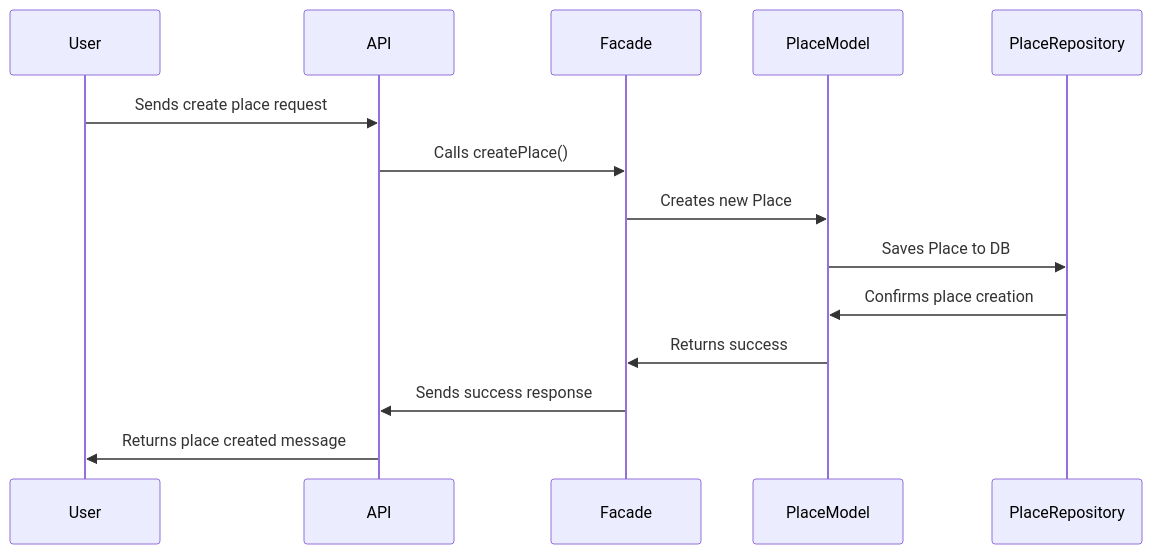
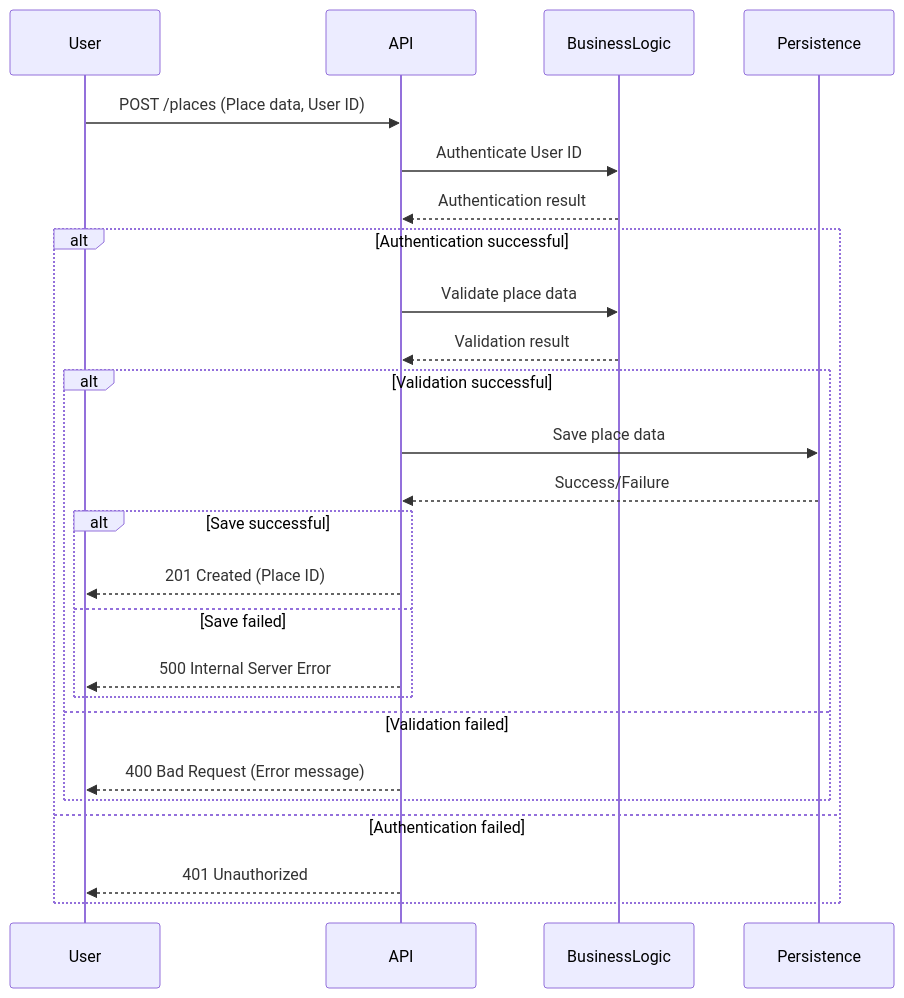
The fourth of 6 diagrams in Technical_Documentation.md (Nomen-collab/holbertonschool-hbnb), drawn with Mermaid before and after one commit. The commit also changed other lines of this file, not shown here.

````diff
--- a/Technical_Documentation.md
+++ b/Technical_Documentation.md
@@ -194,17 +207,28 @@
 ```mermaid
 sequenceDiagram
     participant User
     participant API
-    participant Facade
-    participant PlaceModel
-    participant PlaceRepository
+    participant BusinessLogic
+    participant Persistence
 
-    User->>API: Sends create place request
-    API->>Facade: Calls createPlace()
-    Facade->>PlaceModel: Creates new Place
-    PlaceModel->>PlaceRepository: Saves Place to DB
-    PlaceRepository->>PlaceModel: Confirms place creation
-    PlaceModel->>Facade: Returns success
-    Facade->>API: Sends success response
-    API->>User: Returns place created message
+    User->>API: POST /places (Place data, User ID)
+    API->>BusinessLogic: Authenticate User ID
+    BusinessLogic-->>API: Authentication result
+    alt Authentication successful
+        API->>BusinessLogic: Validate place data
+        BusinessLogic-->>API: Validation result
+        alt Validation successful
+            API->>Persistence: Save place data
+            Persistence-->>API: Success/Failure
+            alt Save successful
+                API-->>User: 201 Created (Place ID)
+            else Save failed
+                API-->>User: 500 Internal Server Error
+            end
+        else Validation failed
+            API-->>User: 400 Bad Request (Error message)
+        end
+    else Authentication failed
+        API-->>User: 401 Unauthorized
+    end
 ```
````
